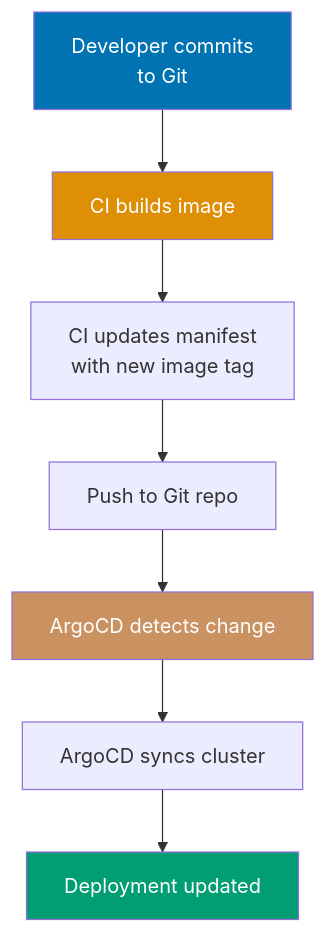
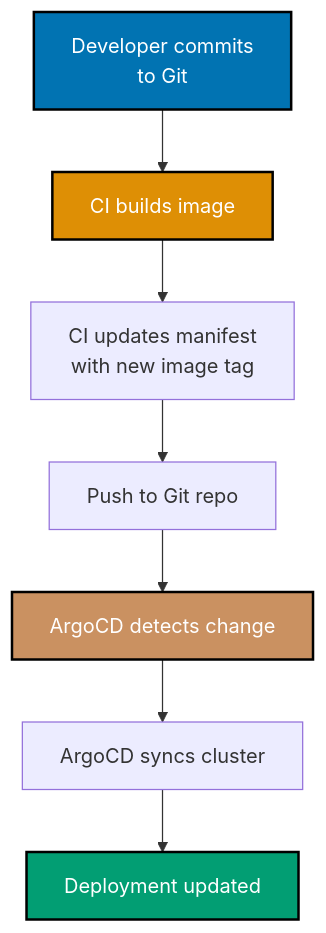
One commit to wahidyankf/open-sharia-enterprise changed diagram 11 of 14 in apps/ayokoding-web/content/en/learn/software-engineering/infrastructure/tools/kubernetes/by-example/advanced.md. Above: the diagram before and after it, drawn with Mermaid. The commit also changed other lines of this file and 25 other files, not shown here.

````diff
--- a/apps/ayokoding-web/content/en/learn/software-engineering/infrastructure/tools/kubernetes/by-example/advanced.md
+++ b/apps/ayokoding-web/content/en/learn/software-engineering/infrastructure/tools/kubernetes/by-example/advanced.md
@@ -2892,15 +2902,16 @@
 ```mermaid
+%% Color Palette: Blue #0173B2, Orange #DE8F05, Teal #029E73, Purple #CC78BC, Brown #CA9161
 %% GitOps workflow
 graph TD
  A[Developer commits<br/>to Git] --> B[CI builds image]
  B --> C[CI updates manifest<br/>with new image tag]
  C --> D[Push to Git repo]
  D --> E[ArgoCD detects change]
  E --> F[ArgoCD syncs cluster]
  F --> G[Deployment updated]
 
- style A fill:#0173B2,color:#fff
- style B fill:#DE8F05,color:#fff
- style E fill:#CA9161,color:#fff
- style G fill:#029E73,color:#fff
+ style A fill:#0173B2,stroke:#000000,stroke-width:2px,color:#fff
+ style B fill:#DE8F05,stroke:#000000,stroke-width:2px,color:#fff
+ style E fill:#CA9161,stroke:#000000,stroke-width:2px,color:#fff
+ style G fill:#029E73,stroke:#000000,stroke-width:2px,color:#fff
 ```
````
